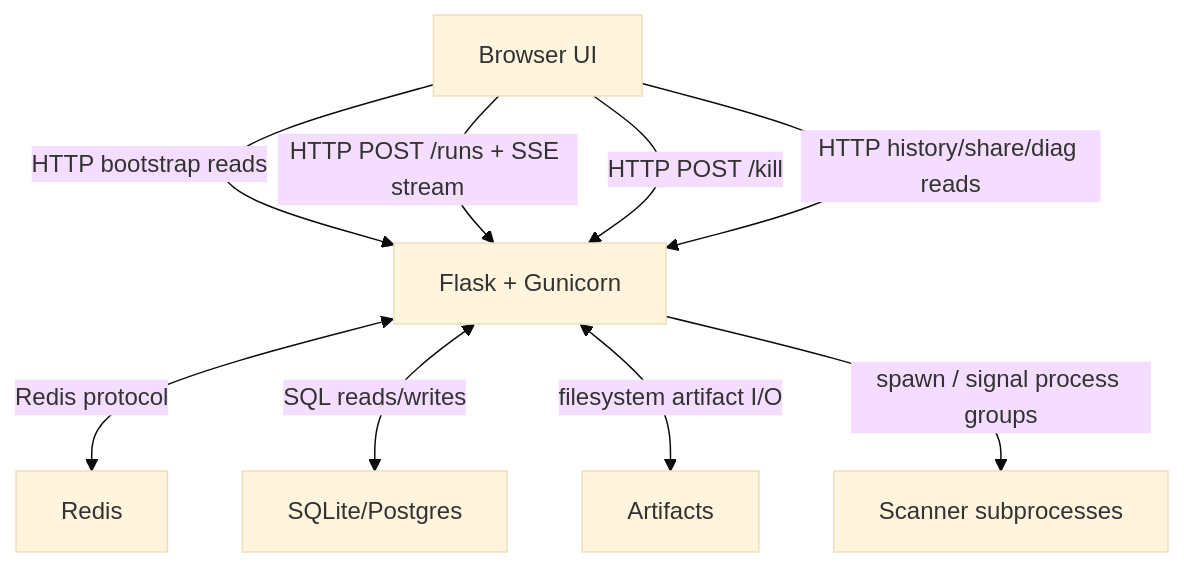
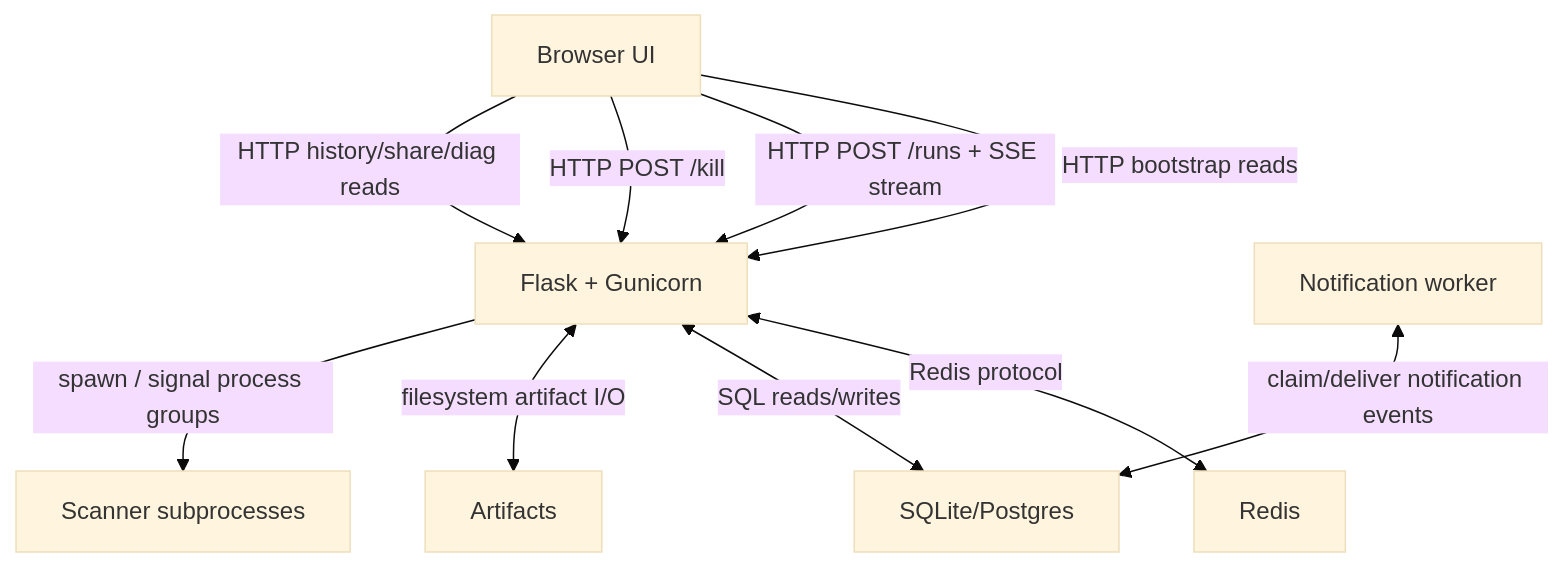
The second of 10 diagrams in ARCHITECTURE.md (darklab-sh/darklab-shell), drawn with Mermaid (base theme) before and after one commit. The commit also changed other lines of this file and 26 other files, not shown here.

````diff
--- a/ARCHITECTURE.md
+++ b/ARCHITECTURE.md
@@ -106,19 +106,21 @@
 ```mermaid
 flowchart TB
   Browser["Browser UI"]
   Flask["Flask + Gunicorn"]
   Redis["Redis"]
   Database["SQLite/Postgres"]
   Artifacts["Artifacts"]
   Scanner["Scanner subprocesses"]
+  Notifier["Notification worker"]
 
   Browser -->|HTTP bootstrap reads| Flask
   Browser -->|HTTP POST /runs + SSE stream| Flask
   Browser -->|HTTP POST /kill| Flask
   Browser -->|HTTP history/share/diag reads| Flask
 
   Flask <--> |Redis protocol| Redis
   Flask <--> |SQL reads/writes| Database
   Flask <--> |filesystem artifact I/O| Artifacts
   Flask -->|spawn / signal process groups| Scanner
+  Notifier <--> |claim/deliver notification events| Database
 ```
````
